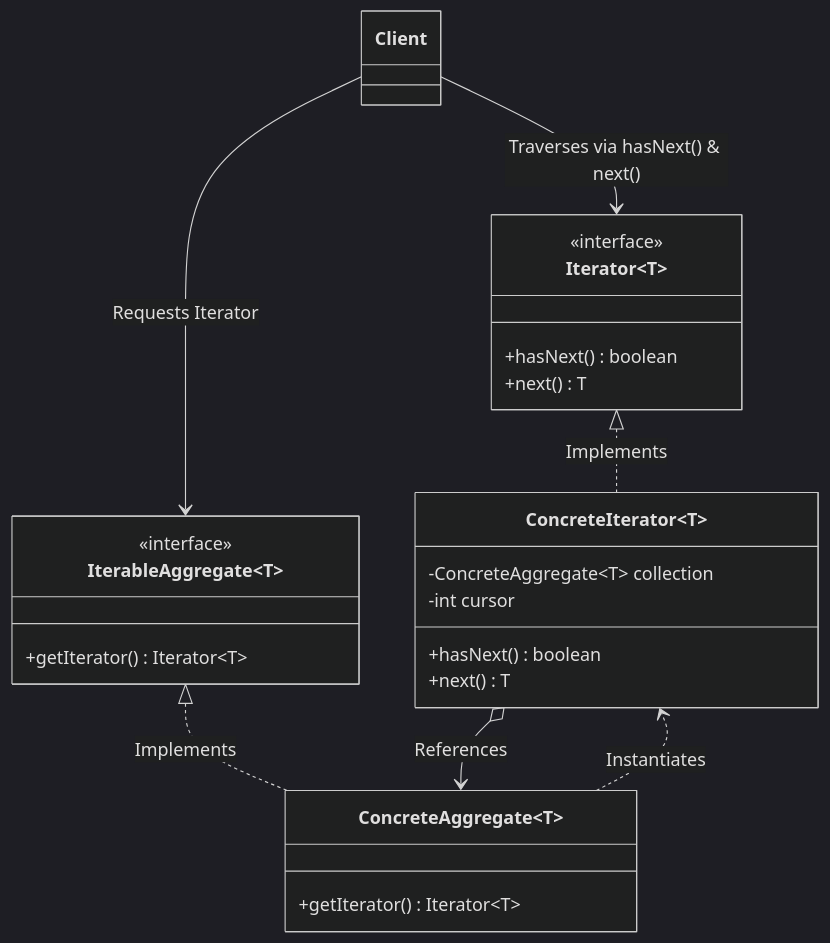
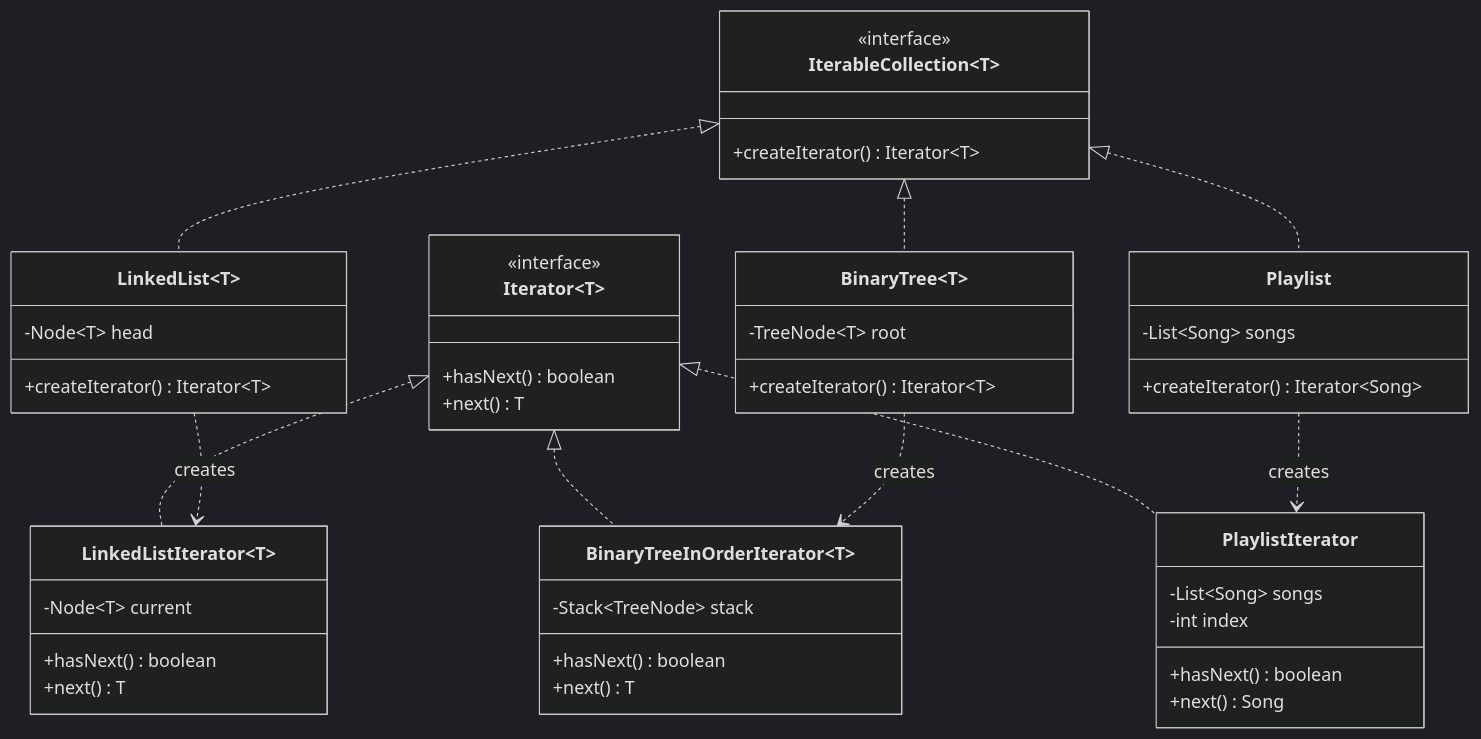
The diagram in 04-OOPs-and-Design-Patterns/03-Design-Patterns/29-Iterator-Design-Pattern.md (rohithgowda18/Notes), drawn with Mermaid (dark theme) before and after one commit. The commit also changed other lines of this file and 39 other files, not shown here.

````diff
--- a/04-OOPs-and-Design-Patterns/03-Design-Patterns/29-Iterator-Design-Pattern.md
+++ b/04-OOPs-and-Design-Patterns/03-Design-Patterns/29-Iterator-Design-Pattern.md
@@ -35,34 +56,57 @@
 ```mermaid
 classDiagram
     class Iterator~T~ {
         <<interface>>
         +hasNext() boolean
         +next() T
     }
 
-    class IterableAggregate~T~ {
+    class IterableCollection~T~ {
         <<interface>>
-        +getIterator() Iterator~T~
+        +createIterator() Iterator~T~
     }
 
-    class ConcreteAggregate~T~ {
-        +getIterator() Iterator~T~
-    }
-
-    class ConcreteIterator~T~ {
-        -ConcreteAggregate~T~ collection
-        -int cursor
+    class LinkedListIterator~T~ {
+        -Node~T~ current
         +hasNext() boolean
         +next() T
     }
 
-    class Client {
+    class BinaryTreeInOrderIterator~T~ {
+        -Stack~TreeNode~ stack
+        +hasNext() boolean
+        +next() T
     }
 
-    IterableAggregate <|.. ConcreteAggregate : Implements
-    Iterator <|.. ConcreteIterator : Implements
-    ConcreteAggregate ..> ConcreteIterator : Instantiates
-    ConcreteIterator o--> ConcreteAggregate : References
-    Client --> IterableAggregate : Requests Iterator
-    Client --> Iterator : Traverses via hasNext() & next()
+    class PlaylistIterator {
+        -List~Song~ songs
+        -int index
+        +hasNext() boolean
+        +next() Song
+    }
+
+    class LinkedList~T~ {
+        -Node~T~ head
+        +createIterator() Iterator~T~
+    }
+
+    class BinaryTree~T~ {
+        -TreeNode~T~ root
+        +createIterator() Iterator~T~
+    }
+
+    class Playlist {
+        -List~Song~ songs
+        +createIterator() Iterator~Song~
+    }
+
+    Iterator <|.. LinkedListIterator
+    Iterator <|.. BinaryTreeInOrderIterator
+    Iterator <|.. PlaylistIterator
+    IterableCollection <|.. LinkedList
+    IterableCollection <|.. BinaryTree
+    IterableCollection <|.. Playlist
+    LinkedList ..> LinkedListIterator : creates
+    BinaryTree ..> BinaryTreeInOrderIterator : creates
+    Playlist ..> PlaylistIterator : creates
 ```
````
